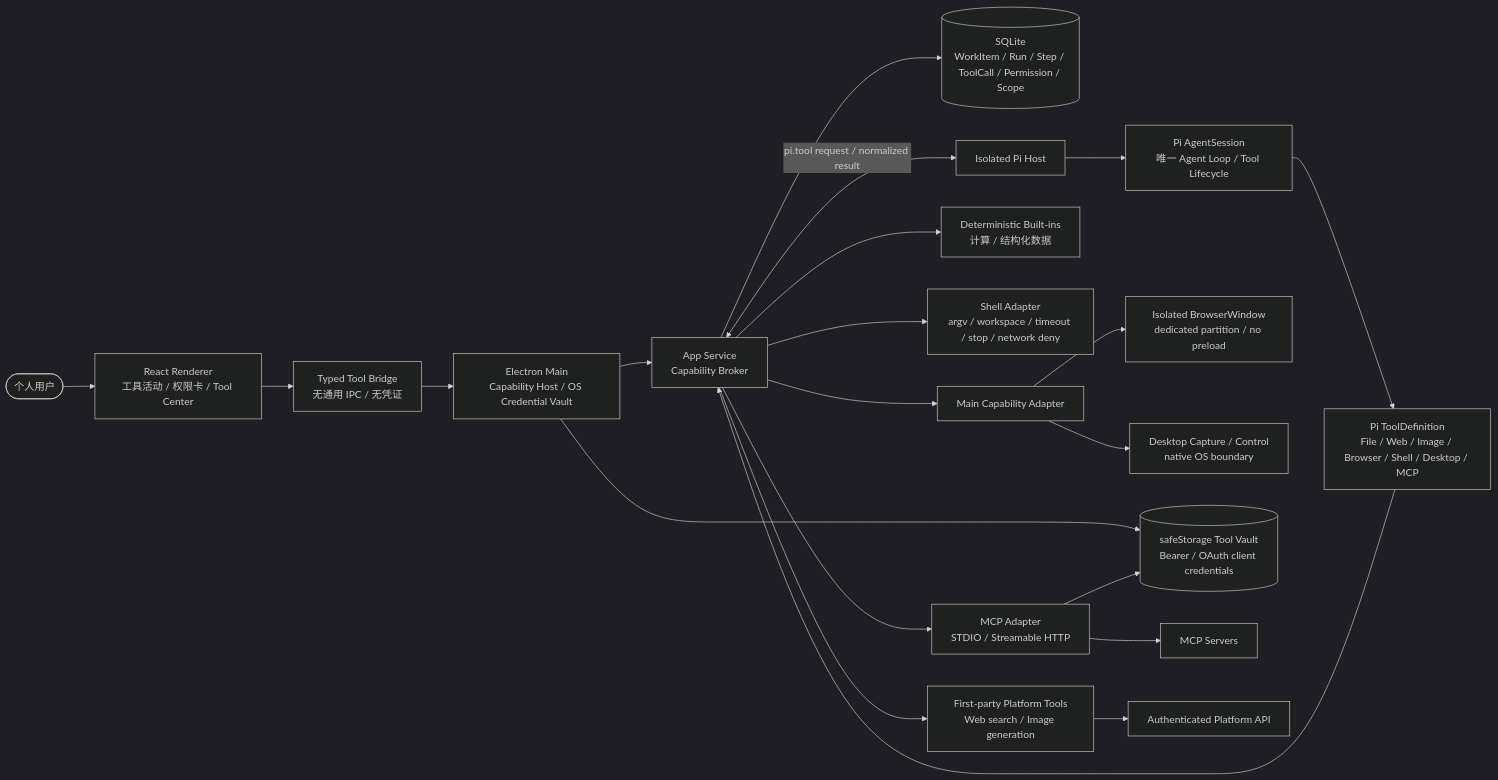
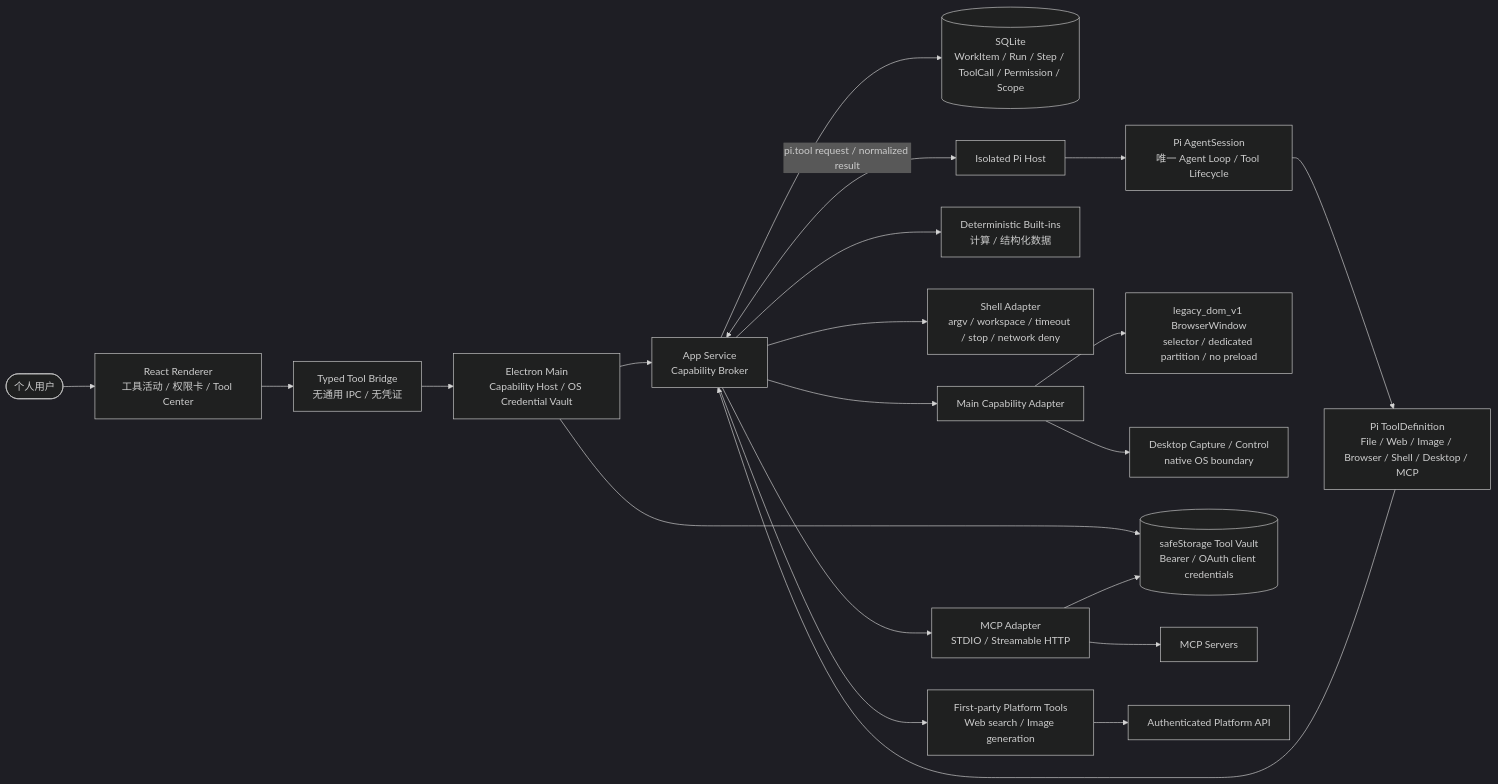
The sixth of 13 diagrams in docs/v2/14-overall-architecture.md (openerserver/openerx), drawn with Mermaid (dark theme) before and after one commit. The commit also changed other lines of this file and 37 other files, not shown here.

````diff
--- a/docs/v2/14-overall-architecture.md
+++ b/docs/v2/14-overall-architecture.md
@@ -272,25 +272,25 @@
 ```mermaid
 flowchart LR
   USER([个人用户]) --> UI[React Renderer<br/>工具活动 / 权限卡 / Tool Center]
   UI --> PRELOAD[Typed Tool Bridge<br/>无通用 IPC / 无凭证]
   PRELOAD --> MAIN[Electron Main<br/>Capability Host / OS Credential Vault]
   MAIN --> APP[App Service<br/>Capability Broker]
 
   APP --> PROJECTION[(SQLite<br/>WorkItem / Run / Step / ToolCall / Permission / Scope)]
   APP <-->|pi.tool request / normalized result| PIHOST[Isolated Pi Host]
   PIHOST --> PI[Pi AgentSession<br/>唯一 Agent Loop / Tool Lifecycle]
   PI --> DEFINITIONS[Pi ToolDefinition<br/>File / Web / Image / Browser / Shell / Desktop / MCP]
   DEFINITIONS --> APP
 
   APP --> BUILTIN[Deterministic Built-ins<br/>计算 / 结构化数据]
   APP --> SHELL[Shell Adapter<br/>argv / workspace / timeout / stop / network deny]
   APP --> PLATFORM[First-party Platform Tools<br/>Web search / Image generation]
   APP --> MCP[MCP Adapter<br/>STDIO / Streamable HTTP]
   APP --> MAINHOST[Main Capability Adapter]
-  MAINHOST --> BROWSER[Isolated BrowserWindow<br/>dedicated partition / no preload]
+  MAINHOST --> BROWSER[legacy_dom_v1 BrowserWindow<br/>selector / dedicated partition / no preload]
   MAINHOST --> DESKTOP[Desktop Capture / Control<br/>native OS boundary]
   MAIN --> VAULT[(safeStorage Tool Vault<br/>Bearer / OAuth client credentials)]
   MCP --> VAULT
   MCP --> EXTERNAL[MCP Servers]
   PLATFORM --> PLATFORM_API[Authenticated Platform API]
 ```
````
